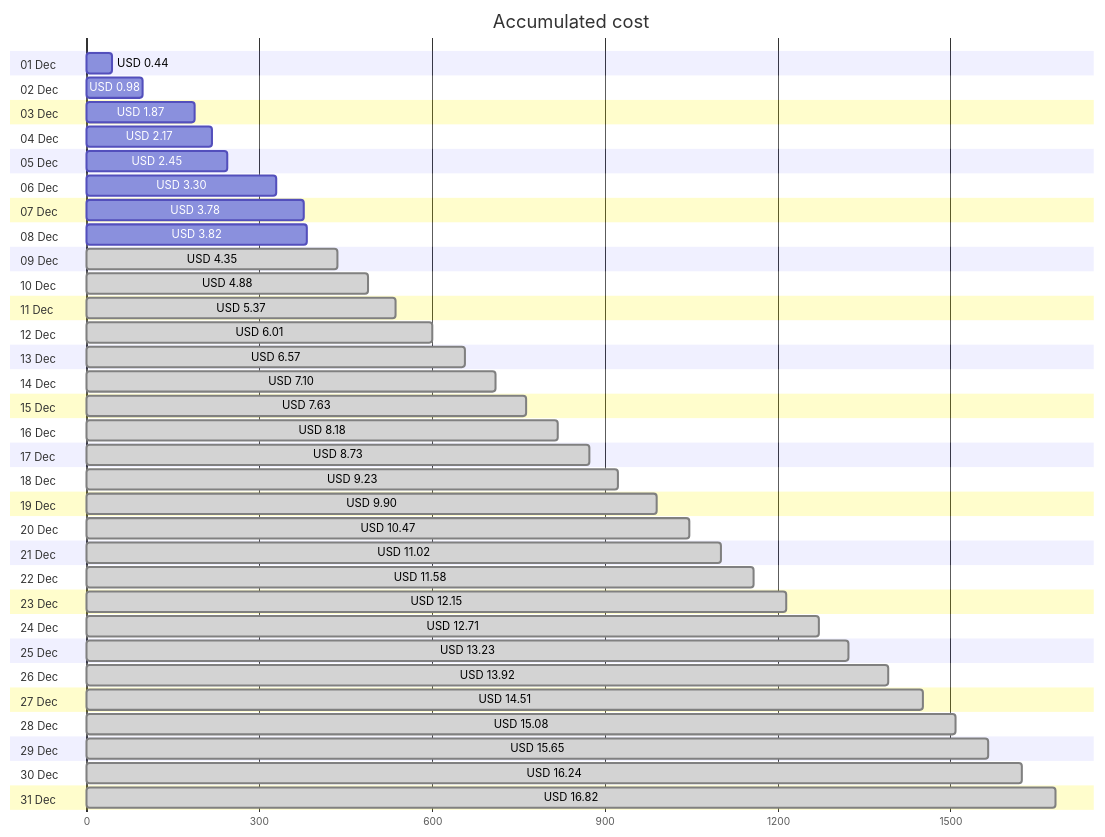
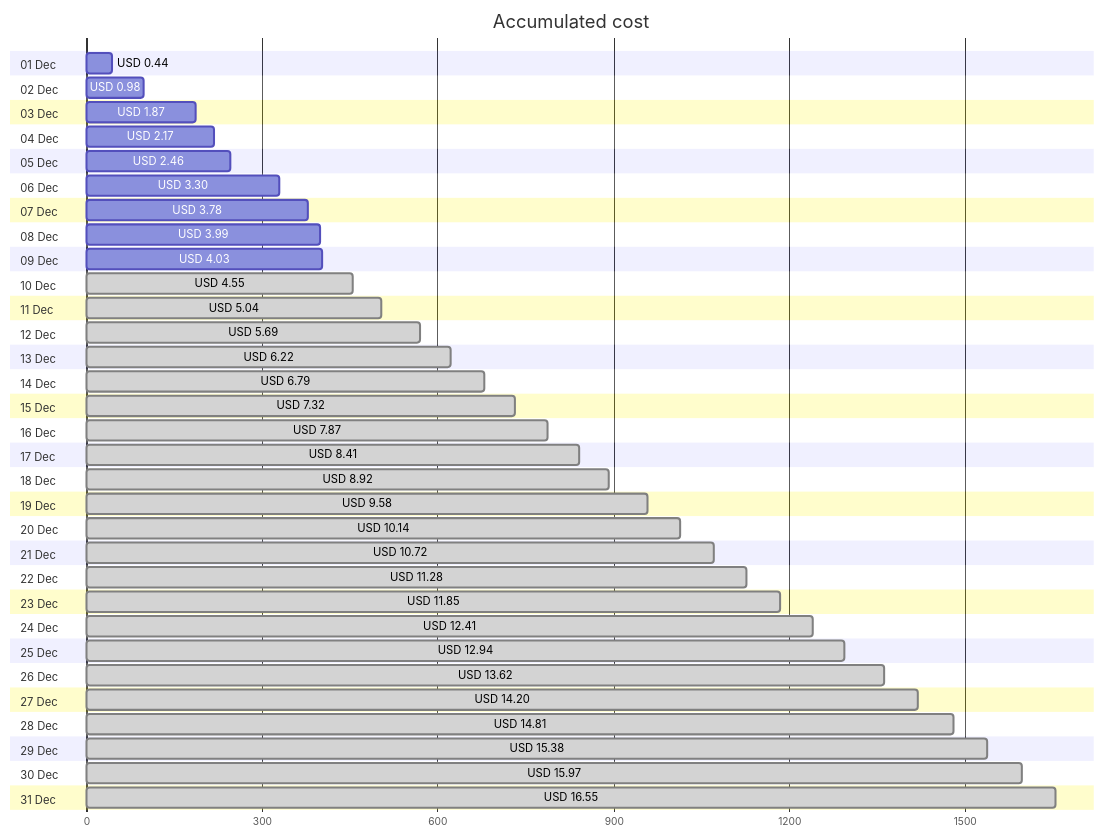
One commit to jpfulton/azure-personal-reports changed the first of 4 diagrams in cost-reports/personal-network/vpn-server.md. Above: the diagram before and after it, drawn with Mermaid. The commit also changed other lines of this file and 8 other files, not shown here.

````diff
--- a/cost-reports/personal-network/vpn-server.md
+++ b/cost-reports/personal-network/vpn-server.md
@@ -20,68 +20,68 @@
 ```mermaid
 gantt
    title Accumulated cost
    dateFormat  X
    axisFormat %s
    section 01 Dec
    USD 0.44 :0, 44
    section 02 Dec
    USD 0.98 :0, 98
    section 03 Dec
    USD 1.87 :0, 187
    section 04 Dec
    USD 2.17 :0, 217
    section 05 Dec
-   USD 2.45 :0, 245
+   USD 2.46 :0, 246
    section 06 Dec
    USD 3.30 :0, 330
    section 07 Dec
    USD 3.78 :0, 378
    section 08 Dec
-   USD 3.82 :0, 382
+   USD 3.99 :0, 399
    section 09 Dec
-   USD 4.35 : done, 0, 435
+   USD 4.03 :0, 403
    section 10 Dec
-   USD 4.88 : done, 0, 488
+   USD 4.55 : done, 0, 455
    section 11 Dec
-   USD 5.37 : done, 0, 537
+   USD 5.04 : done, 0, 504
    section 12 Dec
-   USD 6.01 : done, 0, 601
+   USD 5.69 : done, 0, 569
    section 13 Dec
-   USD 6.57 : done, 0, 657
+   USD 6.22 : done, 0, 622
    section 14 Dec
-   USD 7.10 : done, 0, 710
+   USD 6.79 : done, 0, 679
    section 15 Dec
-   USD 7.63 : done, 0, 763
+   USD 7.32 : done, 0, 732
    section 16 Dec
-   USD 8.18 : done, 0, 818
+   USD 7.87 : done, 0, 787
    section 17 Dec
-   USD 8.73 : done, 0, 873
+   USD 8.41 : done, 0, 841
    section 18 Dec
-   USD 9.23 : done, 0, 923
+   USD 8.92 : done, 0, 892
    section 19 Dec
-   USD 9.90 : done, 0, 990
+   USD 9.58 : done, 0, 958
    section 20 Dec
-   USD 10.47 : done, 0, 1047
+   USD 10.14 : done, 0, 1014
    section 21 Dec
-   USD 11.02 : done, 0, 1102
+   USD 10.72 : done, 0, 1072
    section 22 Dec
-   USD 11.58 : done, 0, 1158
+   USD 11.28 : done, 0, 1128
    section 23 Dec
-   USD 12.15 : done, 0, 1215
+   USD 11.85 : done, 0, 1185
    section 24 Dec
-   USD 12.71 : done, 0, 1271
+   USD 12.41 : done, 0, 1241
    section 25 Dec
-   USD 13.23 : done, 0, 1323
+   USD 12.94 : done, 0, 1294
    section 26 Dec
-   USD 13.92 : done, 0, 1392
+   USD 13.62 : done, 0, 1362
    section 27 Dec
-   USD 14.51 : done, 0, 1451
+   USD 14.20 : done, 0, 1420
    section 28 Dec
-   USD 15.08 : done, 0, 1508
+   USD 14.81 : done, 0, 1481
    section 29 Dec
-   USD 15.65 : done, 0, 1565
+   USD 15.38 : done, 0, 1538
    section 30 Dec
-   USD 16.24 : done, 0, 1624
+   USD 15.97 : done, 0, 1597
    section 31 Dec
-   USD 16.82 : done, 0, 1682
+   USD 16.55 : done, 0, 1655
 ```
````
